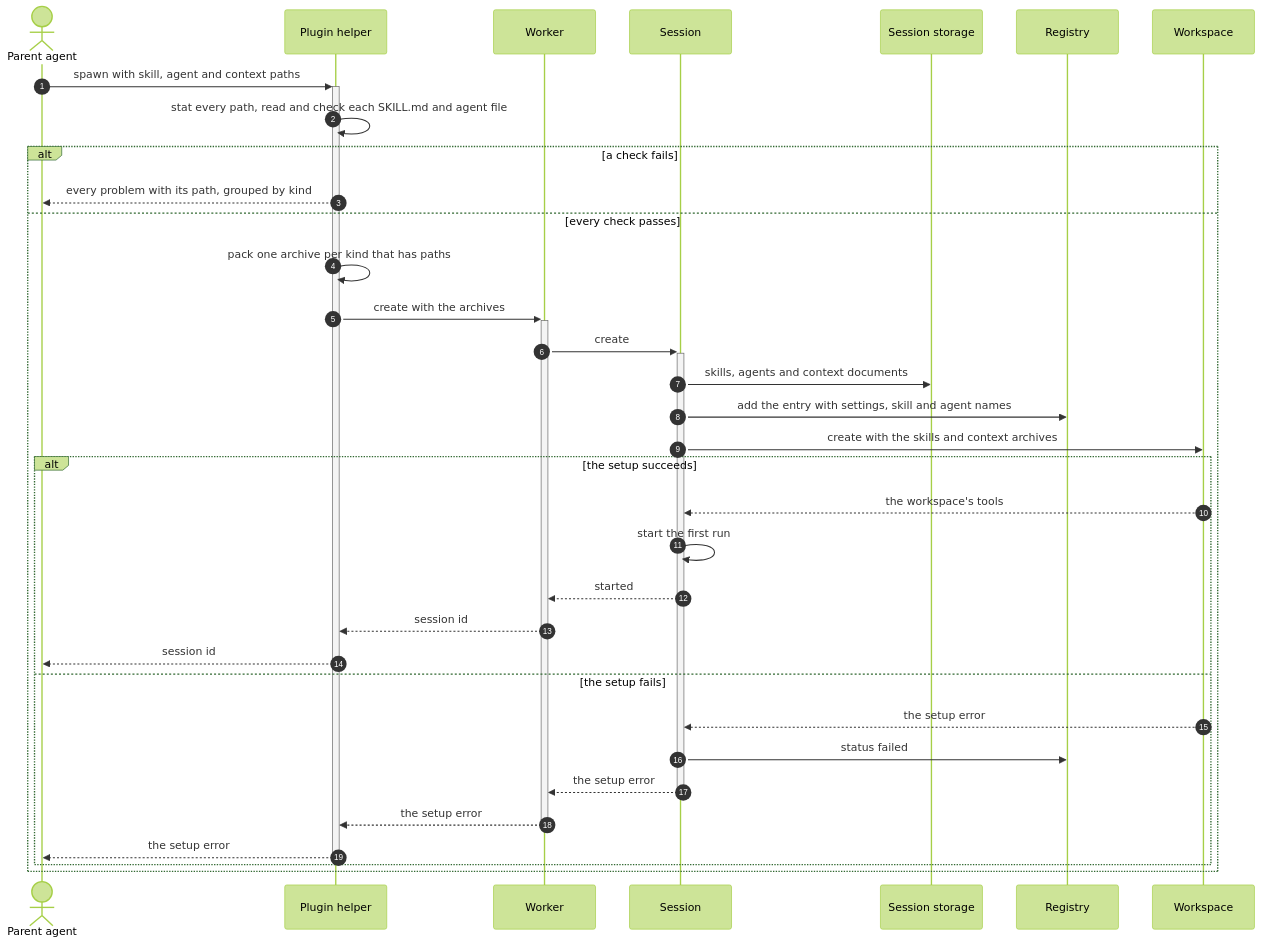
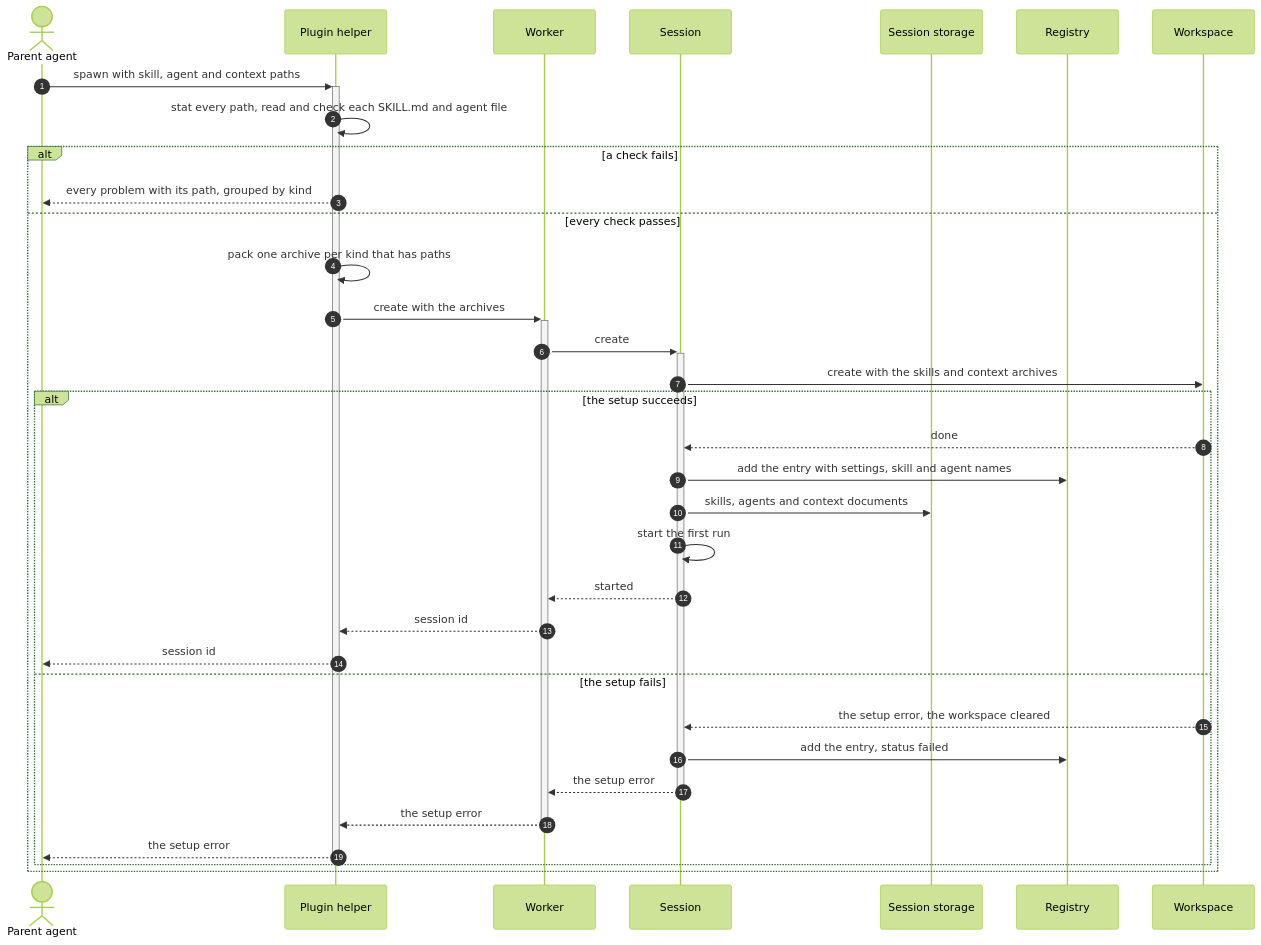
The sixth of 8 diagrams in docs/technical-design/sessions.md (asermax/tentacles), drawn with Mermaid (forest theme) before and after one commit. The commit also changed other lines of this file and 9 other files, not shown here.

````diff
--- a/docs/technical-design/sessions.md
+++ b/docs/technical-design/sessions.md
@@ -312,36 +313,36 @@
 ```mermaid
 sequenceDiagram
     autonumber
     actor P as Parent agent
     participant H as Plugin helper
     participant W as Worker
     participant S as Session
     participant DB as Session storage
     participant R as Registry
     participant Ws as Workspace
     P->>+H: spawn with skill, agent and context paths
     H->>H: stat every path, read and check each SKILL.md and agent file
     alt a check fails
         H-->>P: every problem with its path, grouped by kind
     else every check passes
         H->>H: pack one archive per kind that has paths
         H->>+W: create with the archives
         W->>+S: create
-        S->>DB: skills, agents and context documents
-        S->>R: add the entry with settings, skill and agent names
         S->>Ws: create with the skills and context archives
         alt the setup succeeds
-            Ws-->>S: the workspace's tools
+            Ws-->>S: done
+            S->>R: add the entry with settings, skill and agent names
+            S->>DB: skills, agents and context documents
             S->>S: start the first run
             S-->>W: started
             W-->>H: session id
             H-->>P: session id
         else the setup fails
-            Ws-->>S: the setup error
-            S->>R: status failed
+            Ws-->>S: the setup error, the workspace cleared
+            S->>R: add the entry, status failed
             S-->>-W: the setup error
             W-->>-H: the setup error
             H-->>-P: the setup error
         end
     end
 ```
````
